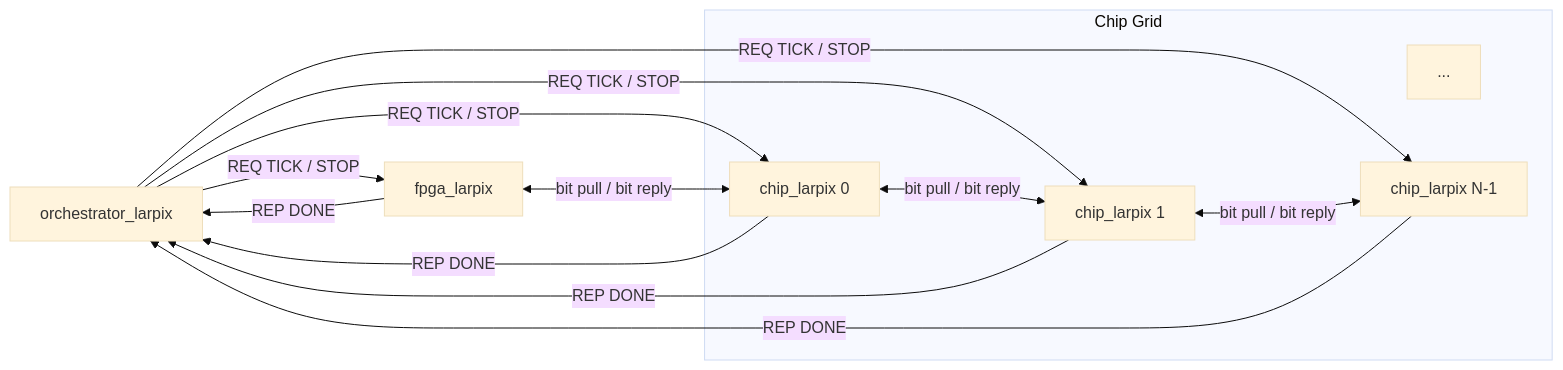
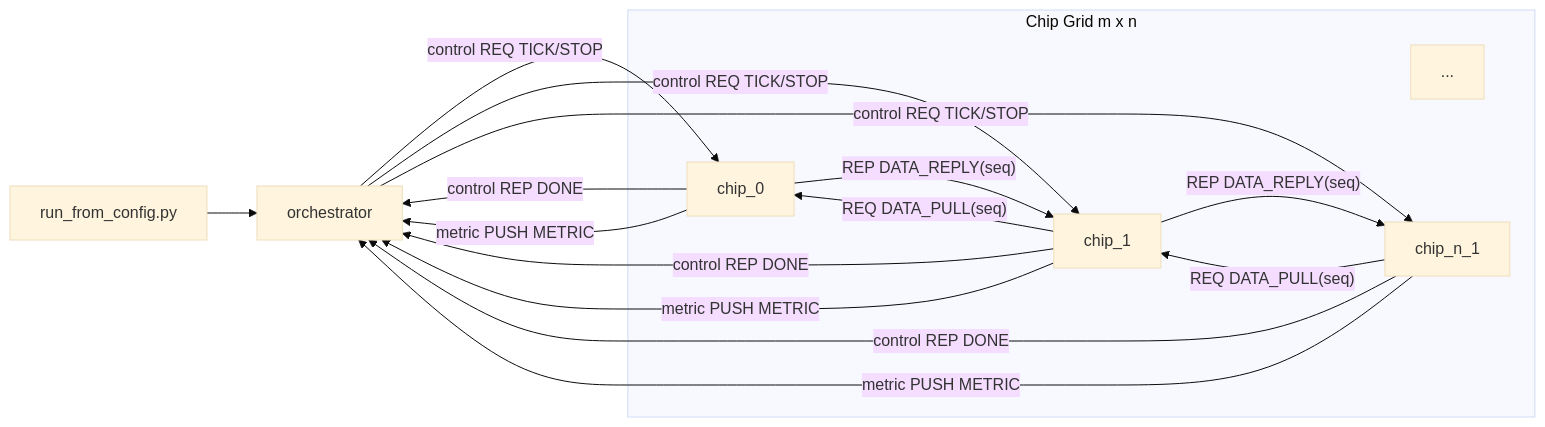
One commit to snr-laboratory/snrlab-chip-network-sim changed the first of 3 diagrams in chip_network_sim/doc/architecture.md. Above: the diagram before and after it, drawn with Mermaid (base theme). The commit also changed other lines of this file and 236 other files, not shown here.

````diff
--- a/chip_network_sim/doc/architecture.md
+++ b/chip_network_sim/doc/architecture.md
@@ -44,27 +44,28 @@
 ```mermaid
 flowchart LR
-    O["orchestrator_larpix"]
-    F["fpga_larpix"]
+    RC["run_from_config.py"] --> O["orchestrator"]
 
-    subgraph GRID["Chip Grid"]
-      C0["chip_larpix 0"]
-      C1["chip_larpix 1"]
+    subgraph PROC["Chip Grid m x n"]
+      C0["chip_0"]
+      C1["chip_1"]
       C2["..."]
-      CN["chip_larpix N-1"]
+      CN["chip_n_1"]
     end
 
-    O -->|"REQ TICK / STOP"| F
-    F -->|"REP DONE"| O
+    O -- "control REQ TICK/STOP" --> C0
+    O -- "control REQ TICK/STOP" --> C1
+    O -- "control REQ TICK/STOP" --> CN
 
-    O -->|"REQ TICK / STOP"| C0
-    O -->|"REQ TICK / STOP"| C1
-    O -->|"REQ TICK / STOP"| CN
+    C0 -- "control REP DONE" --> O
+    C1 -- "control REP DONE" --> O
+    CN -- "control REP DONE" --> O
 
-    C0 -->|"REP DONE"| O
-    C1 -->|"REP DONE"| O
-    CN -->|"REP DONE"| O
+    C0 -- "metric PUSH METRIC" --> O
+    C1 -- "metric PUSH METRIC" --> O
+    CN -- "metric PUSH METRIC" --> O
 
-    F <-->|"bit pull / bit reply"| C0
-    C0 <-->|"bit pull / bit reply"| C1
-    C1 <-->|"bit pull / bit reply"| CN
+    C1 -- "REQ DATA_PULL(seq)" --> C0
+    C0 -- "REP DATA_REPLY(seq)" --> C1
+    CN -- "REQ DATA_PULL(seq)" --> C1
+    C1 -- "REP DATA_REPLY(seq)" --> CN
 ```
````
